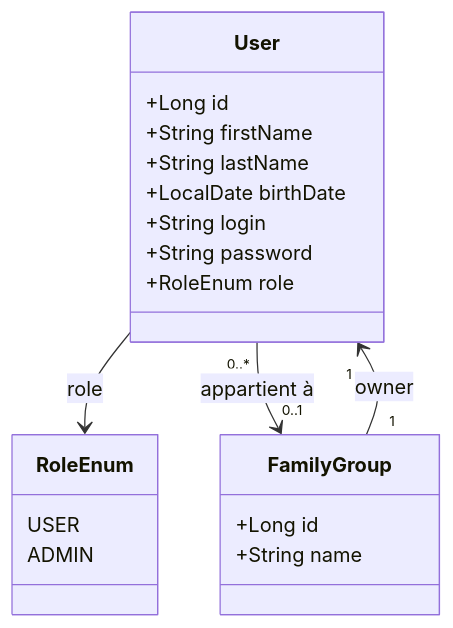
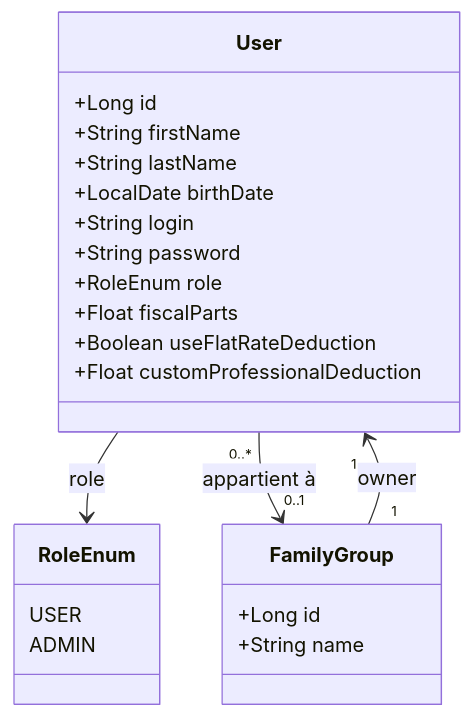
The diagram in docs/architecture/userManagement.md (Neogost/MyFinance), drawn with Mermaid before and after one commit. The commit also changed other lines of this file and 8 other files, not shown here.

````diff
--- a/docs/architecture/userManagement.md
+++ b/docs/architecture/userManagement.md
@@ -88,26 +96,29 @@
 ```mermaid
 classDiagram
     class User {
         +Long id
         +String firstName
         +String lastName
         +LocalDate birthDate
         +String login
         +String password
         +RoleEnum role
+        +Float fiscalParts
+        +Boolean useFlatRateDeduction
+        +Float customProfessionalDeduction
     }
 
     class RoleEnum {
         USER
         ADMIN
     }
 
     class FamilyGroup {
         +Long id
         +String name
     }
 
     User --> RoleEnum : role
     FamilyGroup "1" --> "1" User : owner
     User "0..*" --> "0..1" FamilyGroup : appartient à
 ```
````
